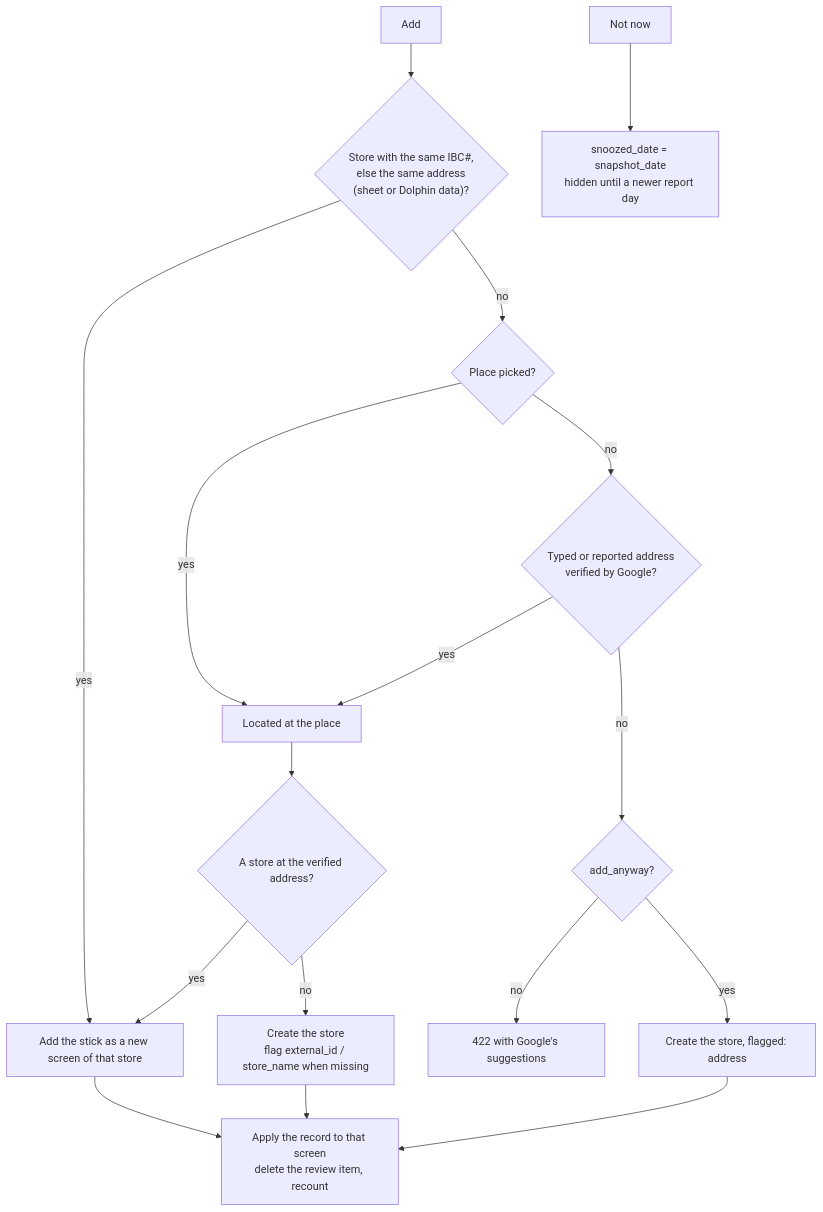
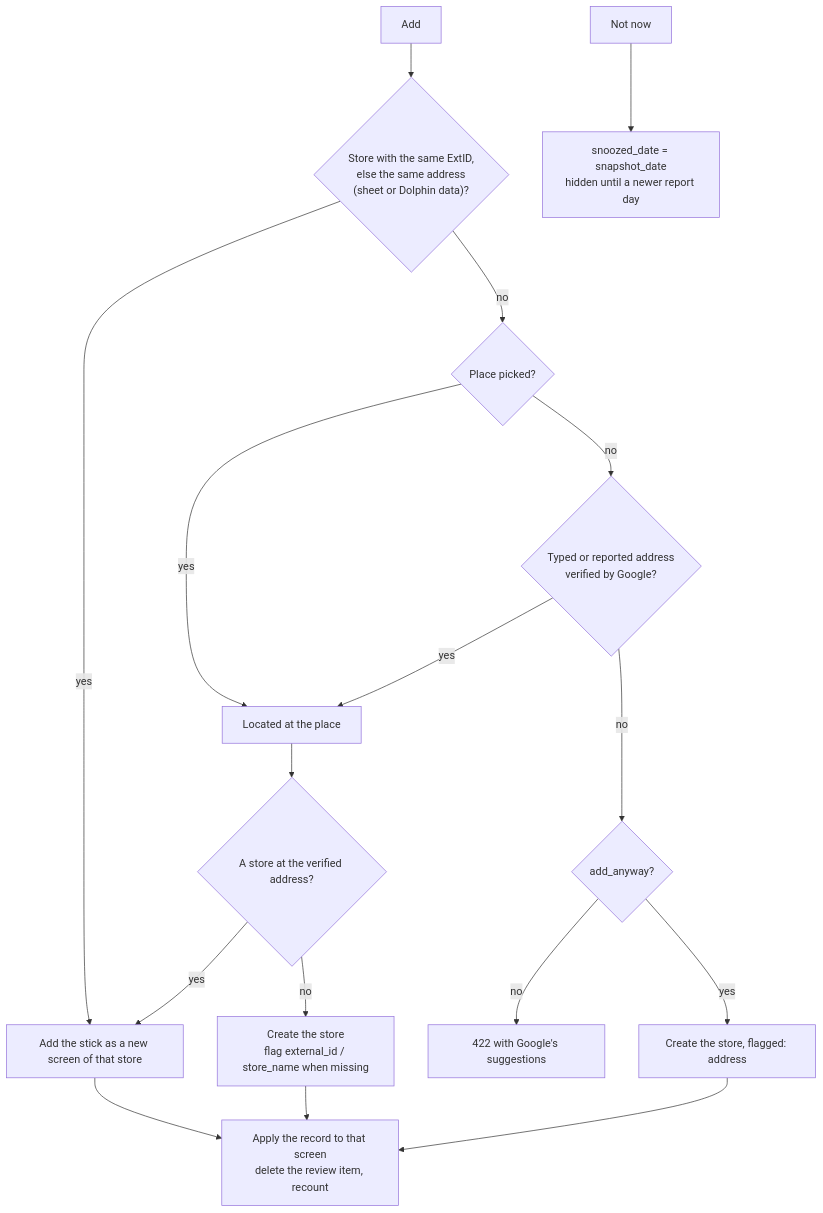
One commit to gokul663/Dolphin-Tracker changed the seventh of 9 diagrams in v2/docs/DEVICE-SYNC.md. Above: the diagram before and after it, drawn with Mermaid. The commit also changed other lines of this file and 81 other files, not shown here.

````diff
--- a/v2/docs/DEVICE-SYNC.md
+++ b/v2/docs/DEVICE-SYNC.md
@@ -140,17 +140,17 @@
 ```mermaid
 flowchart TD
-  R0["Add"] --> R1{"Store with the same IBC#,<br/>else the same address<br/>(sheet or Dolphin data)?"}
+  R0["Add"] --> R1{"Store with the same ExtID,<br/>else the same address<br/>(sheet or Dolphin data)?"}
   R1 -- yes --> J["Add the stick as a new screen of that store"]
   R1 -- no --> R2{"Place picked?"}
   R2 -- yes --> L["Located at the place"]
   R2 -- no --> R3{"Typed or reported address<br/>verified by Google?"}
   R3 -- yes --> L
   R3 -- no --> R4{"add_anyway?"}
   R4 -- no --> E["422 with Google's suggestions"]
   R4 -- yes --> C2["Create the store, flagged: address"]
   L --> R5{"A store at the verified address?"}
   R5 -- yes --> J
   R5 -- no --> C1["Create the store<br/>flag external_id / store_name when missing"]
   J & C1 & C2 --> AP["Apply the record to that screen<br/>delete the review item, recount"]
   Z0["Not now"] --> Z1["snoozed_date = snapshot_date<br/>hidden until a newer report day"]
 ```
````
